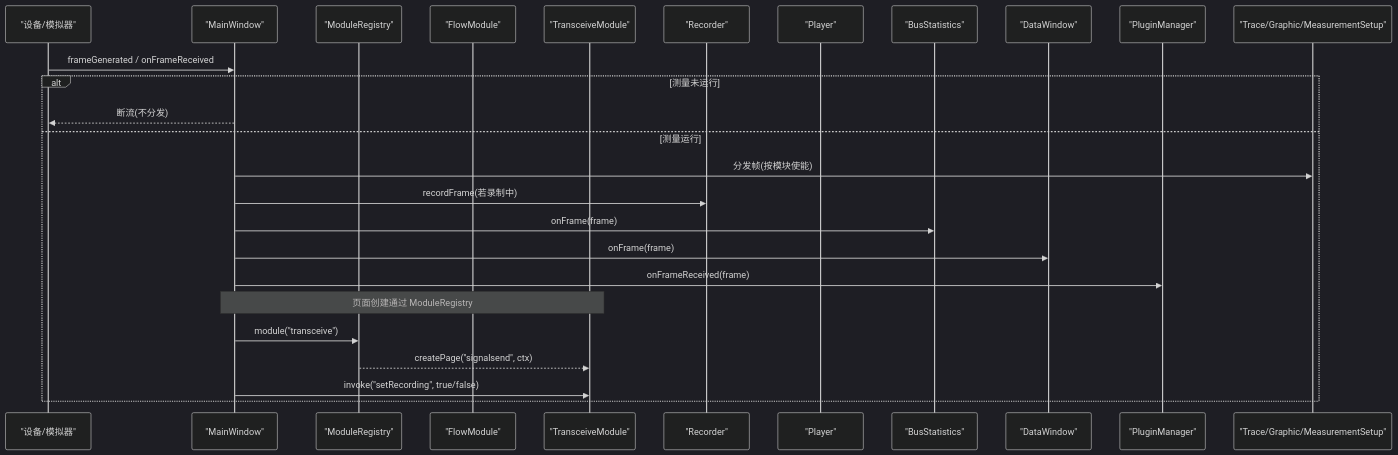
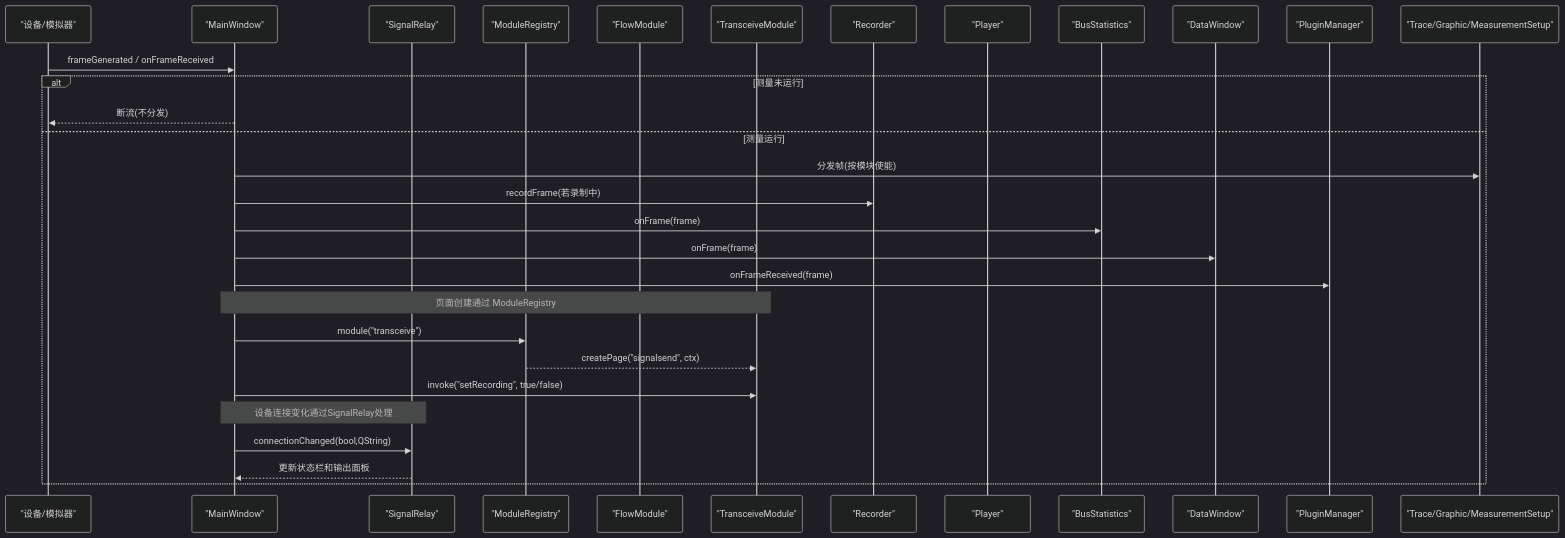
The second of 10 diagrams in .qoder/repowiki/zh/content/架构设计/主窗口组件架构.md (jakecai1225-design/OpenBus), drawn with Mermaid (dark theme) before and after one commit. The commit also changed other lines of this file and 15 other files, not shown here.

Commit message:
trace graphic优化

````diff
--- a/.qoder/repowiki/zh/content/架构设计/主窗口组件架构.md
+++ b/.qoder/repowiki/zh/content/架构设计/主窗口组件架构.md
@@ -103,28 +116,32 @@
 ```mermaid
 sequenceDiagram
 participant Dev as "设备/模拟器"
 participant MW as "MainWindow"
+participant SR as "SignalRelay"
 participant MR as "ModuleRegistry"
 participant FM as "FlowModule"
 participant TM as "TransceiveModule"
 participant Rec as "Recorder"
 participant Plr as "Player"
 participant Bus as "BusStatistics"
 participant DataW as "DataWindow"
 participant Plug as "PluginManager"
 participant Tabs as "Trace/Graphic/MeasurementSetup"
 Dev->>MW : frameGenerated / onFrameReceived
 alt 测量未运行
 MW-->>Dev : 断流(不分发)
 else 测量运行
 MW->>Tabs : 分发帧(按模块使能)
 MW->>Rec : recordFrame(若录制中)
 MW->>Bus : onFrame(frame)
 MW->>DataW : onFrame(frame)
 MW->>Plug : onFrameReceived(frame)
 Note over MW,TM : 页面创建通过 ModuleRegistry
 MW->>MR : module("transceive")
 MR-->>TM : createPage("signalsend", ctx)
 MW->>TM : invoke("setRecording", true/false)
+Note over MW,SR : 设备连接变化通过SignalRelay处理
+MW->>SR : connectionChanged(bool,QString)
+SR-->>MW : 更新状态栏和输出面板
 end
 ```
````
